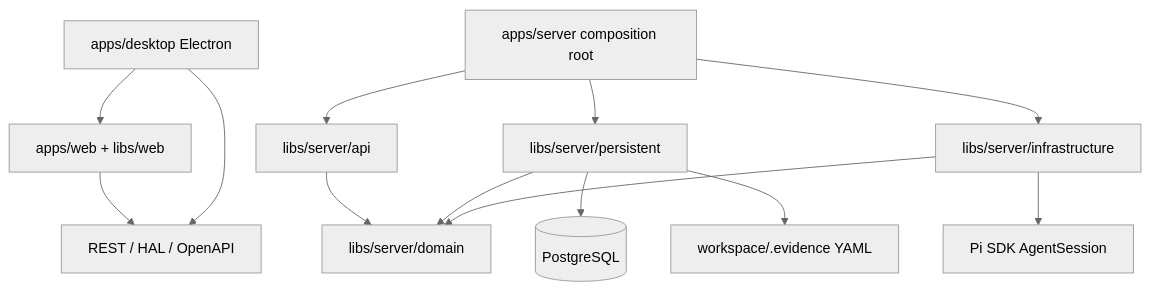
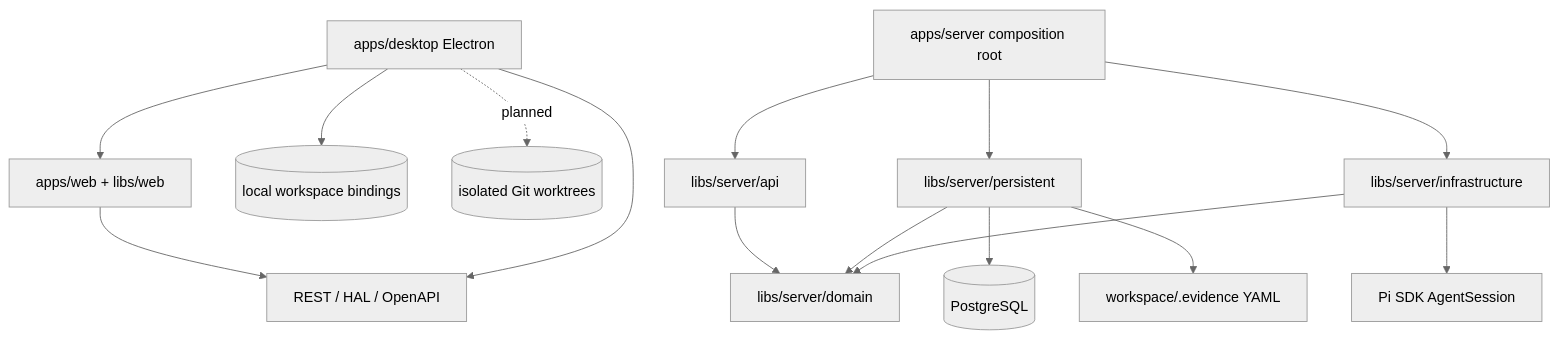
The diagram in docs/architecture/architecture-style.md (JayClock/Evidence), drawn with Mermaid (neutral theme) before and after one commit. The commit also changed other lines of this file and 4 other files, not shown here.

Commit message:
docs(workspace): align intake architecture map

````diff
--- a/docs/architecture/architecture-style.md
+++ b/docs/architecture/architecture-style.md
@@ -28,17 +29,19 @@
 ```mermaid
 graph TD
   Web[apps/web + libs/web] --> PublishedAPI[REST / HAL / OpenAPI]
   Desktop[apps/desktop Electron] --> Web
   Desktop --> PublishedAPI
+  Desktop --> Bindings[(local workspace bindings)]
+  Desktop -. planned .-> Worktrees[(isolated Git worktrees)]
 
   ServerRoot[apps/server composition root] --> API[libs/server/api]
   ServerRoot --> Persistence[libs/server/persistent]
   ServerRoot --> Infrastructure[libs/server/infrastructure]
   API --> Domain[libs/server/domain]
   Persistence --> Domain
   Infrastructure --> Domain
 
   Persistence --> PostgreSQL[(PostgreSQL)]
   Persistence --> EvidenceFiles[workspace/.evidence YAML]
   Infrastructure --> Pi[Pi SDK AgentSession]
 ```
````
